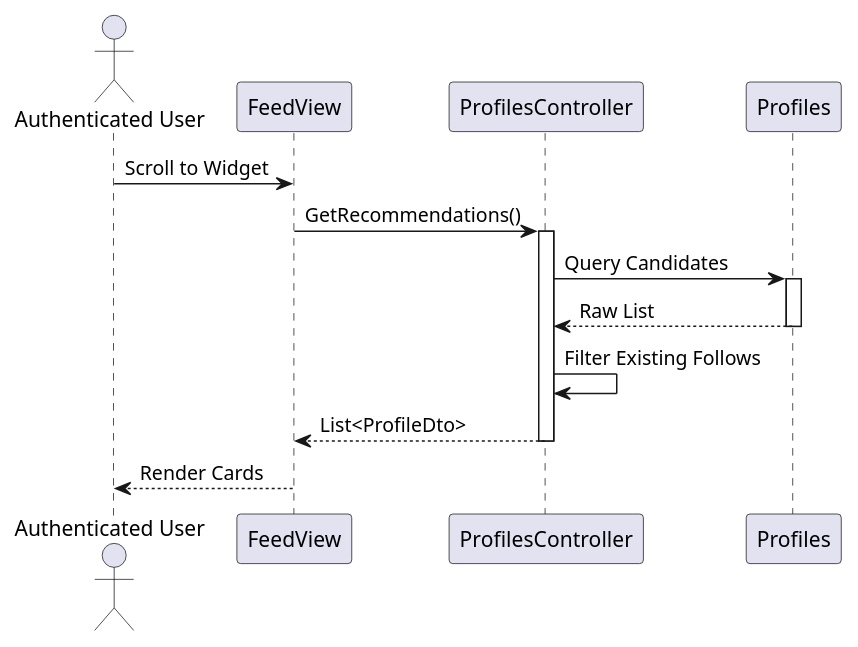
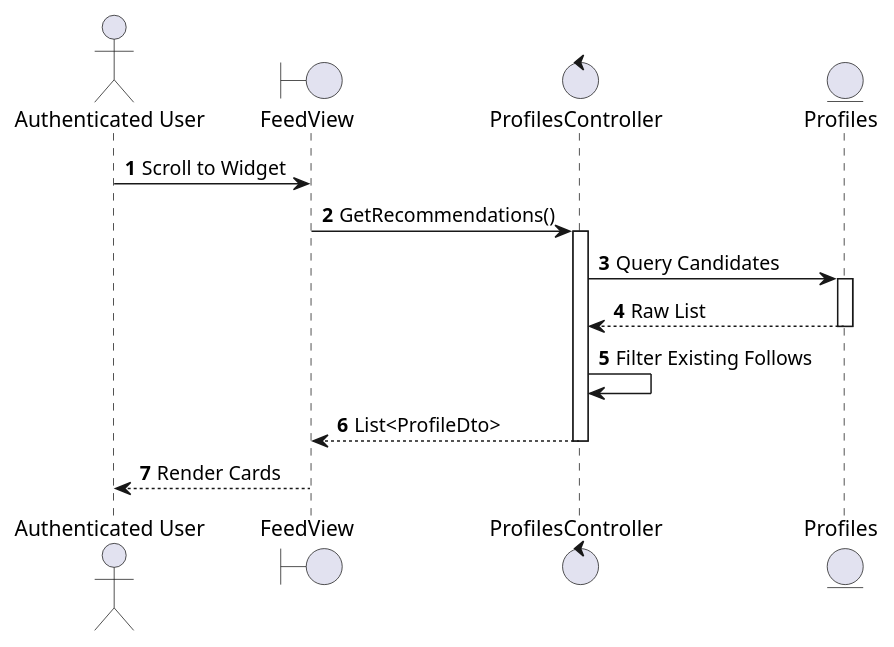
Diagram 14 of 14 in UC_2.1.6_Adjust_Friend.md (I-Love-U-3000/Favi-BE), drawn with PlantUML before and after one commit. The commit also changed other lines of this file and 36 other files, not shown here.

````diff
--- a/UC_2.1.6_Adjust_Friend.md
+++ b/UC_2.1.6_Adjust_Friend.md
@@ -652,20 +585,21 @@
 ```plantuml
 @startuml
+autonumber
 actor "Authenticated User" as User
-participant "FeedView" as View
-participant "ProfilesController" as Controller
-participant "Profiles" as DB
+boundary "FeedView" as View
+control "ProfilesController" as Controller
+entity "Profiles" as DB
 
 User -> View: Scroll to Widget
 View -> Controller: GetRecommendations()
 activate Controller
 Controller -> DB: Query Candidates
 activate DB
 DB --> Controller: Raw List
 deactivate DB
 Controller -> Controller: Filter Existing Follows
 Controller --> View: List<ProfileDto>
 deactivate Controller
 View --> User: Render Cards
 @enduml
 ```
````
